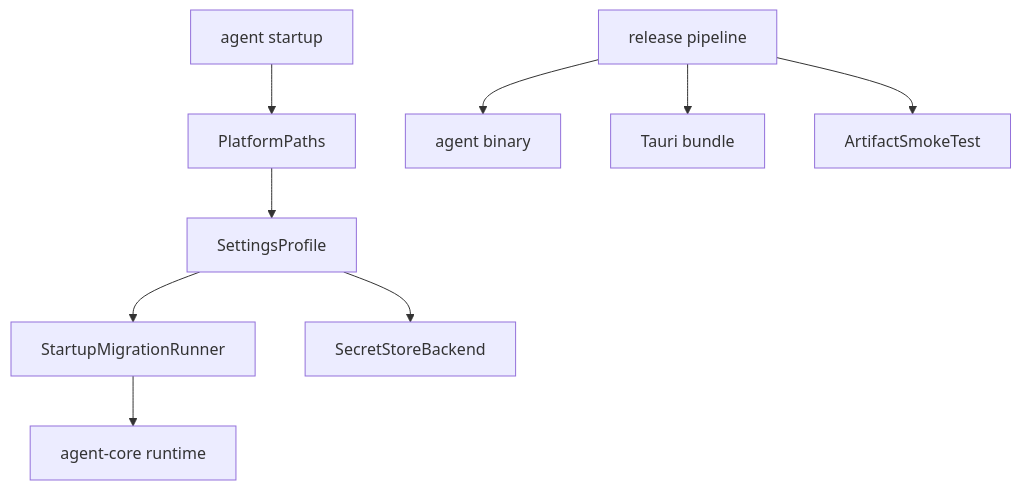
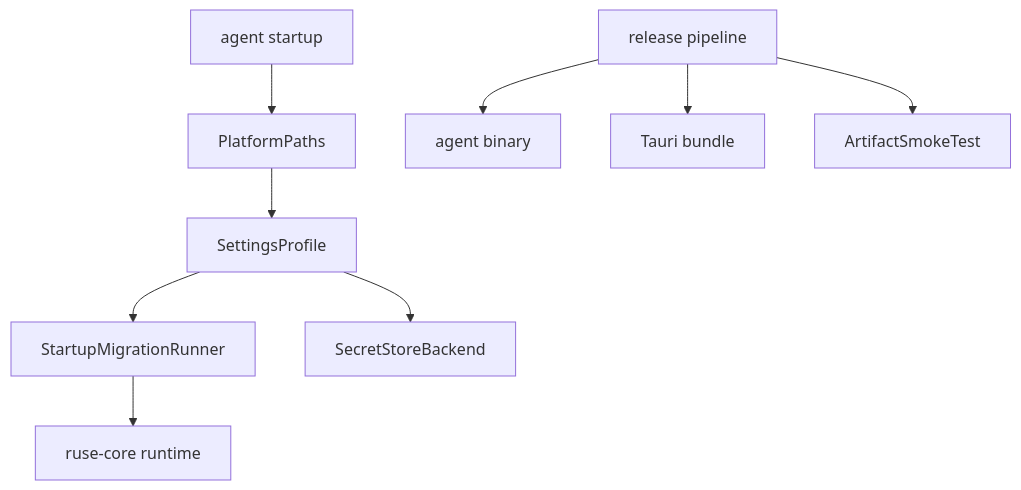
The diagram in docs/specs/M25-00-packaging-release-technical-design.spec.md (poneding/agent), drawn with Mermaid before and after one commit. The commit also changed other lines of this file and 2091 other files, not shown here.

First line of the commit message:
refactor: rename agent branding to ruse

````diff
--- a/docs/specs/M25-00-packaging-release-technical-design.spec.md
+++ b/docs/specs/M25-00-packaging-release-technical-design.spec.md
@@ -36,11 +36,11 @@
 ```mermaid
 flowchart TD
   Startup["agent startup"] --> Paths["PlatformPaths"]
   Paths --> Settings["SettingsProfile"]
   Settings --> Migrations["StartupMigrationRunner"]
-  Migrations --> Core["agent-core runtime"]
+  Migrations --> Core["ruse-core runtime"]
   Settings --> Secrets["SecretStoreBackend"]
   Release["release pipeline"] --> CLI["agent binary"]
   Release --> Desktop["Tauri bundle"]
   Release --> Smoke["ArtifactSmokeTest"]
 ```
````
